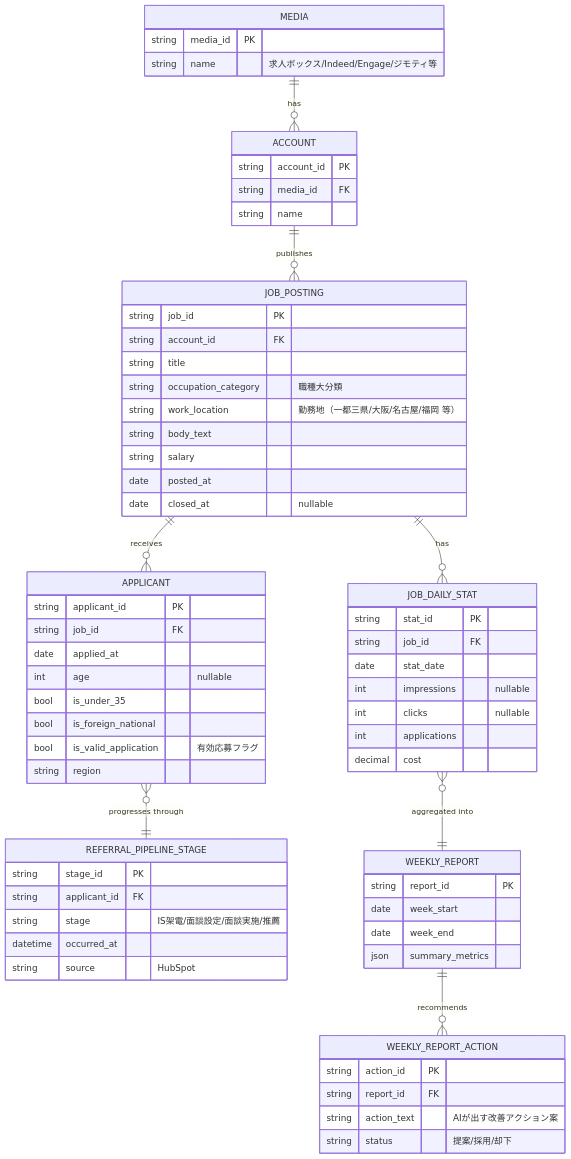
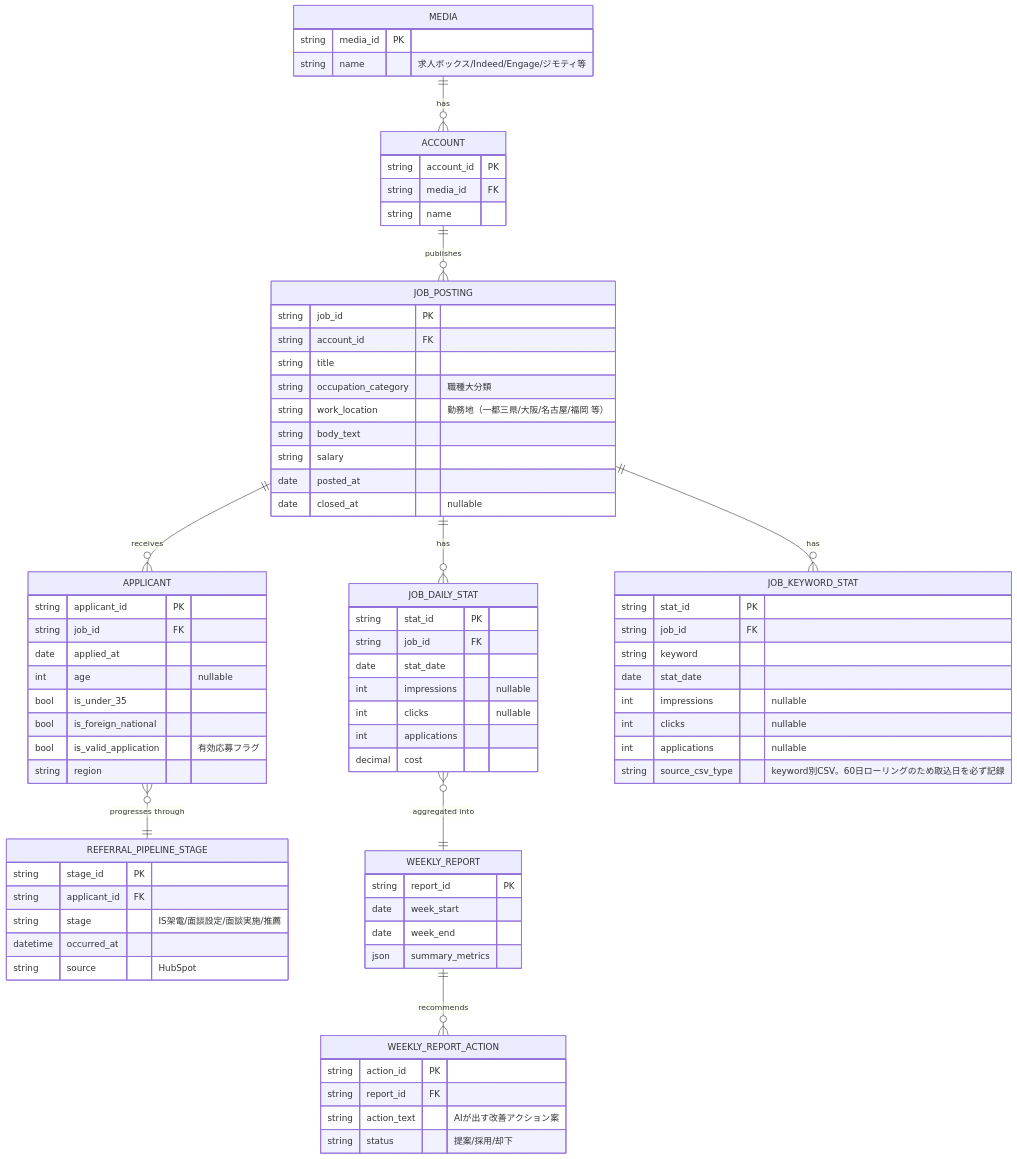
Before and after one commit to KazuneTaneda/JOBPALETTE-Marketingsystem: the diagram in docs/requirements/04_data_model.md, drawn with Mermaid. The commit also changed 3 other files, not shown here.

````diff
--- a/docs/requirements/04_data_model.md
+++ b/docs/requirements/04_data_model.md
@@ -7,69 +7,80 @@
 ```mermaid
 erDiagram
     MEDIA ||--o{ ACCOUNT : "has"
     ACCOUNT ||--o{ JOB_POSTING : "publishes"
     JOB_POSTING ||--o{ APPLICANT : "receives"
     JOB_POSTING ||--o{ JOB_DAILY_STAT : "has"
+    JOB_POSTING ||--o{ JOB_KEYWORD_STAT : "has"
     APPLICANT }o--|| REFERRAL_PIPELINE_STAGE : "progresses through"
     JOB_DAILY_STAT }o--|| WEEKLY_REPORT : "aggregated into"
     WEEKLY_REPORT ||--o{ WEEKLY_REPORT_ACTION : "recommends"
 
     MEDIA {
         string media_id PK
         string name "求人ボックス/Indeed/Engage/ジモティ等"
     }
     ACCOUNT {
         string account_id PK
         string media_id FK
         string name
     }
     JOB_POSTING {
         string job_id PK
         string account_id FK
         string title
         string occupation_category "職種大分類"
         string work_location "勤務地（一都三県/大阪/名古屋/福岡 等）"
         string body_text
         string salary
         date posted_at
         date closed_at "nullable"
     }
     JOB_DAILY_STAT {
         string stat_id PK
         string job_id FK
         date stat_date
         int impressions "nullable"
         int clicks "nullable"
         int applications
         decimal cost
     }
+    JOB_KEYWORD_STAT {
+        string stat_id PK
+        string job_id FK
+        string keyword
+        date stat_date
+        int impressions "nullable"
+        int clicks "nullable"
+        int applications "nullable"
+        string source_csv_type "keyword別CSV。60日ローリングのため取込日を必ず記録"
+    }
     APPLICANT {
         string applicant_id PK
         string job_id FK
         date applied_at
         int age "nullable"
         bool is_under_35
         bool is_foreign_national
         bool is_valid_application "有効応募フラグ"
         string region
     }
     REFERRAL_PIPELINE_STAGE {
         string stage_id PK
         string applicant_id FK
         string stage "IS架電/面談設定/面談実施/推薦"
         datetime occurred_at
         string source "HubSpot"
     }
     WEEKLY_REPORT {
         string report_id PK
         date week_start
         date week_end
         json summary_metrics
     }
     WEEKLY_REPORT_ACTION {
         string action_id PK
         string report_id FK
         string action_text "AIが出す改善アクション案"
         string status "提案/採用/却下"
     }
 ```
````
